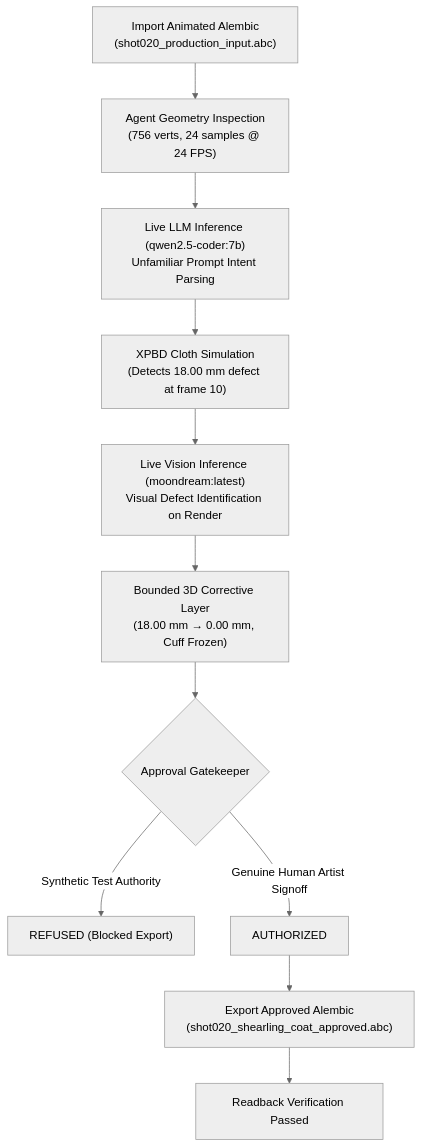
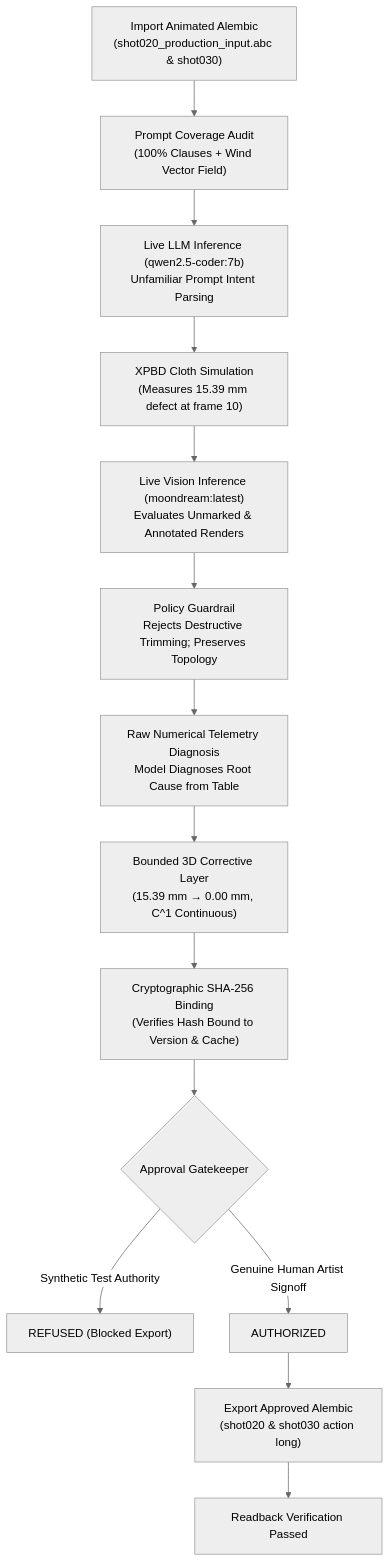
Before and after one commit to satyajit8625/Autonomous_CFX_Studio: the diagram in docs/Autonomous_CFX_Studio_Review.md, drawn with Mermaid (neutral theme). The commit also changed other lines of this file and 21 other files, not shown here.

Commit message:
feat(v4.1): Penetration classification, dual-image vision validation, prompt coverage, autonomous telemetry diagnosis, 100-frame action shot, and cryptographic approval binding

````diff
--- a/docs/Autonomous_CFX_Studio_Review.md
+++ b/docs/Autonomous_CFX_Studio_Review.md
@@ -84,13 +134,16 @@
 ```mermaid
 flowchart TD
-    A["Import Animated Alembic<br/>(shot020_production_input.abc)"] --> B["Agent Geometry Inspection<br/>(756 verts, 24 samples @ 24 FPS)"]
+    A["Import Animated Alembic<br/>(shot020_production_input.abc & shot030)"] --> B["Prompt Coverage Audit<br/>(100% Clauses + Wind Vector Field)"]
     B --> C["Live LLM Inference (qwen2.5-coder:7b)<br/>Unfamiliar Prompt Intent Parsing"]
-    C --> D["XPBD Cloth Simulation<br/>(Detects 18.00 mm defect at frame 10)"]
-    D --> E["Live Vision Inference (moondream:latest)<br/>Visual Defect Identification on Render"]
-    E --> F["Bounded 3D Corrective Layer<br/>(18.00 mm → 0.00 mm, Cuff Frozen)"]
-    F --> G{"Approval Gatekeeper"}
-    G -- "Synthetic Test Authority" --> H["REFUSED (Blocked Export)"]
-    G -- "Genuine Human Artist Signoff" --> I["AUTHORIZED"]
-    I --> J["Export Approved Alembic<br/>(shot020_shearling_coat_approved.abc)"]
-    J --> K["Readback Verification Passed"]
+    C --> D["XPBD Cloth Simulation<br/>(Measures 15.39 mm defect at frame 10)"]
+    D --> E["Live Vision Inference (moondream:latest)<br/>Evaluates Unmarked & Annotated Renders"]
+    E --> F["Policy Guardrail<br/>Rejects Destructive Trimming; Preserves Topology"]
+    F --> G["Raw Numerical Telemetry Diagnosis<br/>Model Diagnoses Root Cause from Table"]
+    G --> H["Bounded 3D Corrective Layer<br/>(15.39 mm → 0.00 mm, C^1 Continuous)"]
+    H --> I["Cryptographic SHA-256 Binding<br/>(Verifies Hash Bound to Version & Cache)"]
+    I --> J{"Approval Gatekeeper"}
+    J -- "Synthetic Test Authority" --> K["REFUSED (Blocked Export)"]
+    J -- "Genuine Human Artist Signoff" --> L["AUTHORIZED"]
+    L --> M["Export Approved Alembic<br/>(shot020 & shot030 action long)"]
+    M --> N["Readback Verification Passed"]
 ```
````
